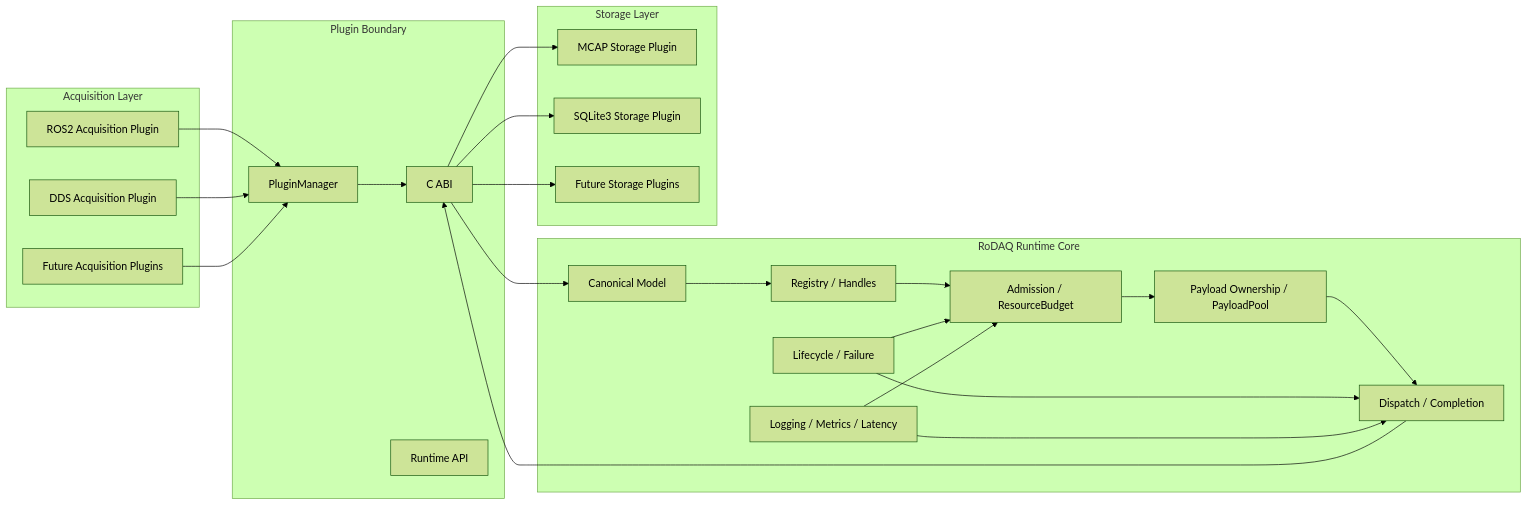
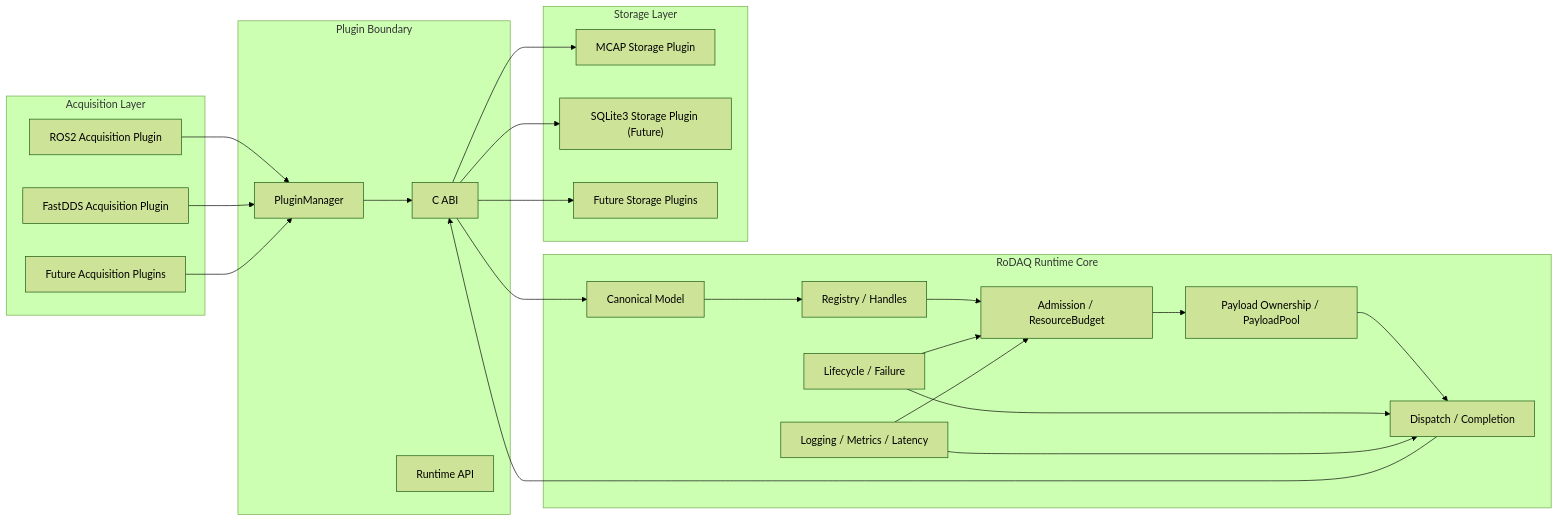
One commit to SiYueY/rodaq changed the first of 13 diagrams in docs/design/rodaq_v1_system_design.md. Above: the diagram before and after it, drawn with Mermaid (forest theme). The commit also changed other lines of this file and 17 other files, not shown here.

````diff
--- a/docs/design/rodaq_v1_system_design.md
+++ b/docs/design/rodaq_v1_system_design.md
@@ -105,51 +133,51 @@
 ```mermaid
 flowchart LR
     subgraph Acquisition["Acquisition Layer"]
         A1["ROS2 Acquisition Plugin"]
-        A2["DDS Acquisition Plugin"]
+        A2["FastDDS Acquisition Plugin"]
         A3["Future Acquisition Plugins"]
     end
 
     subgraph PluginBoundary["Plugin Boundary"]
         P1["PluginManager"]
         P2["C ABI"]
         P3["Runtime API"]
     end
 
     subgraph Runtime["RoDAQ Runtime Core"]
         R1["Canonical Model"]
         R2["Registry / Handles"]
         R3["Admission / ResourceBudget"]
         R4["Payload Ownership / PayloadPool"]
         R5["Dispatch / Completion"]
         R6["Lifecycle / Failure"]
         R7["Logging / Metrics / Latency"]
     end
 
     subgraph Storage["Storage Layer"]
         S1["MCAP Storage Plugin"]
-        S2["SQLite3 Storage Plugin"]
+        S2["SQLite3 Storage Plugin (Future)"]
         S3["Future Storage Plugins"]
     end
 
     A1 --> P1
     A2 --> P1
     A3 --> P1
     P1 --> P2
     P2 --> R1
 
     R1 --> R2
     R2 --> R3
     R3 --> R4
     R4 --> R5
     R5 --> P2
 
     P2 --> S1
     P2 --> S2
     P2 --> S3
 
     R6 --> R3
     R6 --> R5
     R7 --> R3
     R7 --> R5
 ```
````
